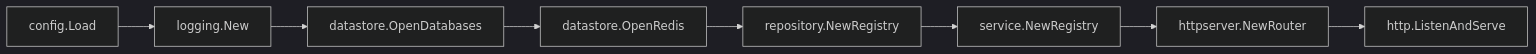
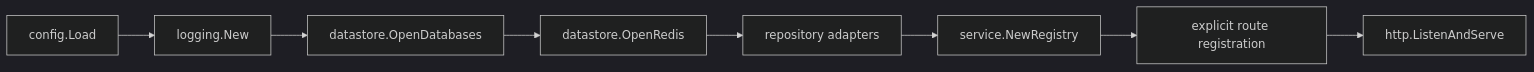
Before and after one commit to dfce/golang: the third of 3 diagrams in demo/generateGo/README.md, drawn with Mermaid (dark theme). The commit also changed other lines of this file and 27 other files, not shown here.

````diff
--- a/demo/generateGo/README.md
+++ b/demo/generateGo/README.md
@@ -97,10 +109,10 @@
 ```mermaid
 flowchart LR
   A[config.Load] --> B[logging.New]
   B --> C[datastore.OpenDatabases]
   C --> D[datastore.OpenRedis]
-  D --> E[repository.NewRegistry]
+  D --> E[repository adapters]
   E --> F[service.NewRegistry]
-  F --> G[httpserver.NewRouter]
+  F --> G[explicit route registration]
   G --> H[http.ListenAndServe]
 ```
````
